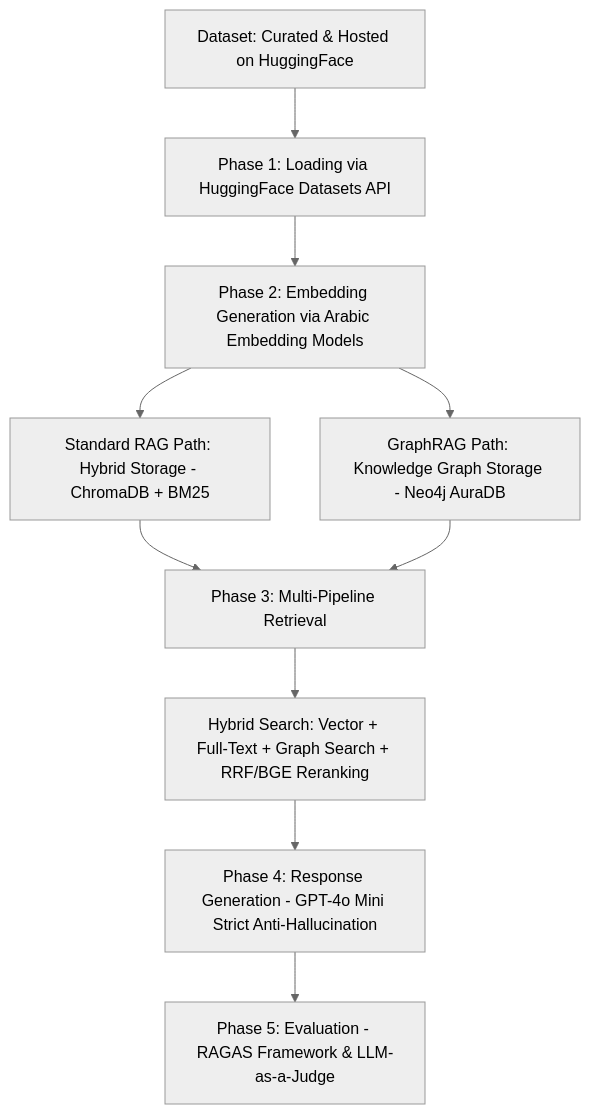
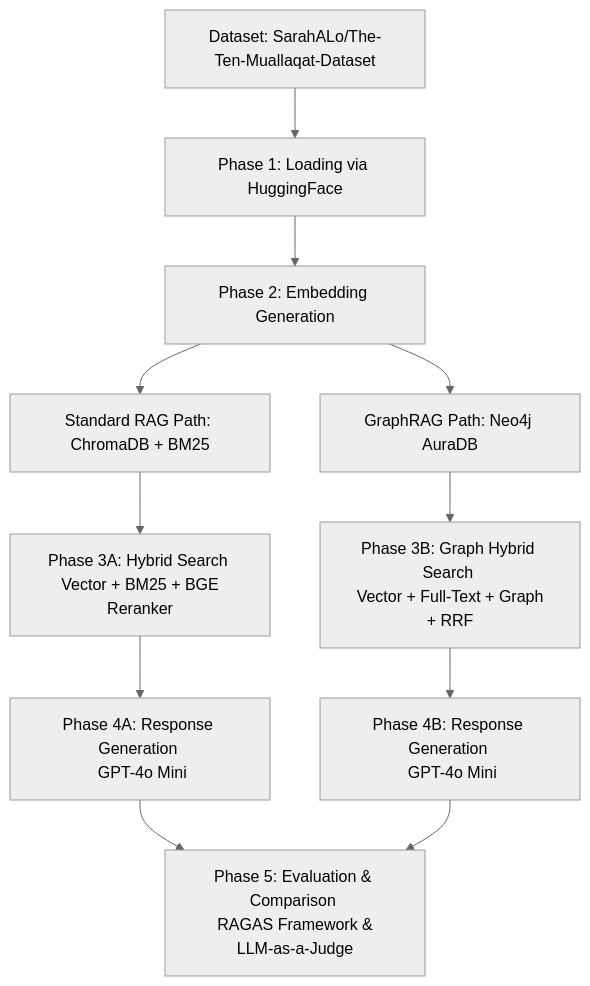
Before and after one commit to Sarahalo204/Shora7_Alsh3er: the diagram in README.md, drawn with Mermaid (neutral theme).

````diff
--- a/README.md
+++ b/README.md
@@ -21,13 +21,22 @@
 ```mermaid
 graph TD
-    A[Dataset: Curated & Hosted on HuggingFace] --> B[Phase 1: Loading via HuggingFace Datasets API]
-    B --> C[Phase 2: Embedding Generation via Arabic Embedding Models]
-    C --> D1[Standard RAG Path: Hybrid Storage - ChromaDB + BM25]
-    C --> D2[GraphRAG Path: Knowledge Graph Storage - Neo4j AuraDB]
-    D1 --> E[Phase 3: Multi-Pipeline Retrieval]
-    D2 --> E
-    E --> F[Hybrid Search: Vector + Full-Text + Graph Search + RRF/BGE Reranking]
-    F --> G[Phase 4: Response Generation - GPT-4o Mini Strict Anti-Hallucination]
-    G --> H[Phase 5: Evaluation - RAGAS Framework & LLM-as-a-Judge]
+    A[Dataset: SarahALo/The-Ten-Muallaqat-Dataset] --> B[Phase 1: Loading via HuggingFace]
+    B --> C[Phase 2: Embedding Generation]
+
+    %% مساران منفصلان تماماً
+    C --> D1[Standard RAG Path: ChromaDB + BM25]
+    C --> D2[GraphRAG Path: Neo4j AuraDB]
+
+    %% مسار البحث التقليدي
+    D1 --> E1[Phase 3A: Hybrid Search <br> Vector + BM25 + BGE Reranker]
+    E1 --> F1[Phase 4A: Response Generation <br> GPT-4o Mini]
+
+    %% مسار البحث المعرفي
+    D2 --> E2[Phase 3B: Graph Hybrid Search <br> Vector + Full-Text + Graph + RRF]
+    E2 --> F2[Phase 4B: Response Generation <br> GPT-4o Mini]
+
+    %% مرحلة التقييم التي تقارن بين النتيجتين المستقلتين
+    F1 --> G[Phase 5: Evaluation & Comparison <br> RAGAS Framework & LLM-as-a-Judge]
+    F2 --> G
 
 ```
````
